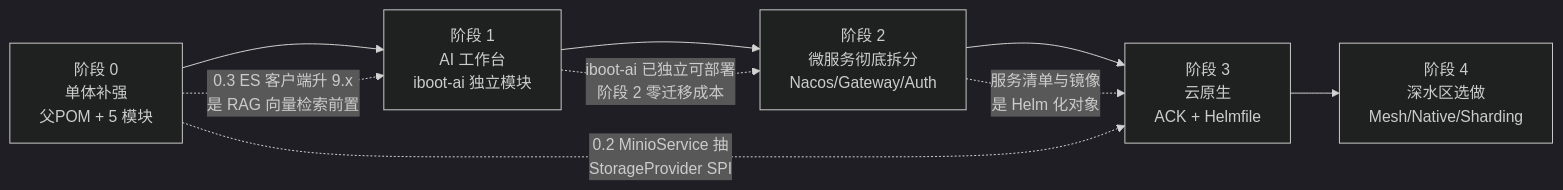
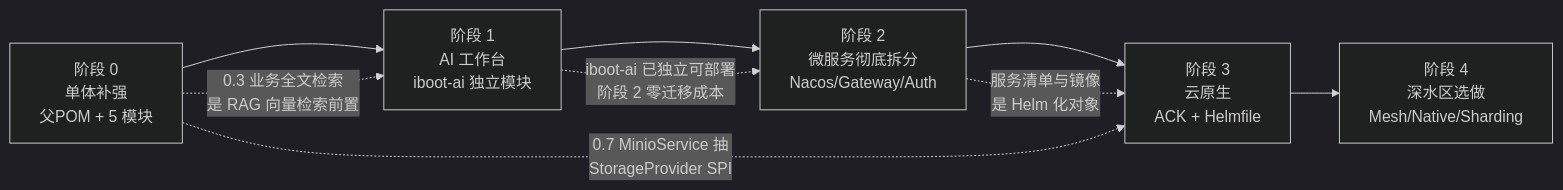
One commit to LamSpace/iboot changed the diagram in ROADMAP.md. Above: the diagram before and after it, drawn with Mermaid (dark theme). The commit also changed other lines of this file and 1 other file, not shown here.

First line of the commit message:
Mark deferred roadmap items and resolve doc deviations

````diff
--- a/ROADMAP.md
+++ b/ROADMAP.md
@@ -128,15 +130,15 @@
 ```mermaid
 graph LR
     P0["阶段 0<br/>单体补强<br/>父POM + 5 模块"]
     P1["阶段 1<br/>AI 工作台<br/>iboot-ai 独立模块"]
     P2["阶段 2<br/>微服务彻底拆分<br/>Nacos/Gateway/Auth"]
     P3["阶段 3<br/>云原生<br/>ACK + Helmfile"]
     P4["阶段 4<br/>深水区选做<br/>Mesh/Native/Sharding"]
 
     P0 --> P1 --> P2 --> P3 --> P4
 
-    P0 -. "0.3 ES 客户端升 9.x<br/>是 RAG 向量检索前置" .-> P1
-    P0 -. "0.2 MinioService 抽<br/>StorageProvider SPI" .-> P3
+    P0 -. "0.3 业务全文检索<br/>是 RAG 向量检索前置" .-> P1
+    P0 -. "0.7 MinioService 抽<br/>StorageProvider SPI" .-> P3
     P1 -. "iboot-ai 已独立可部署<br/>阶段 2 零迁移成本" .-> P2
     P2 -. "服务清单与镜像<br/>是 Helm 化对象" .-> P3
 ```
````
